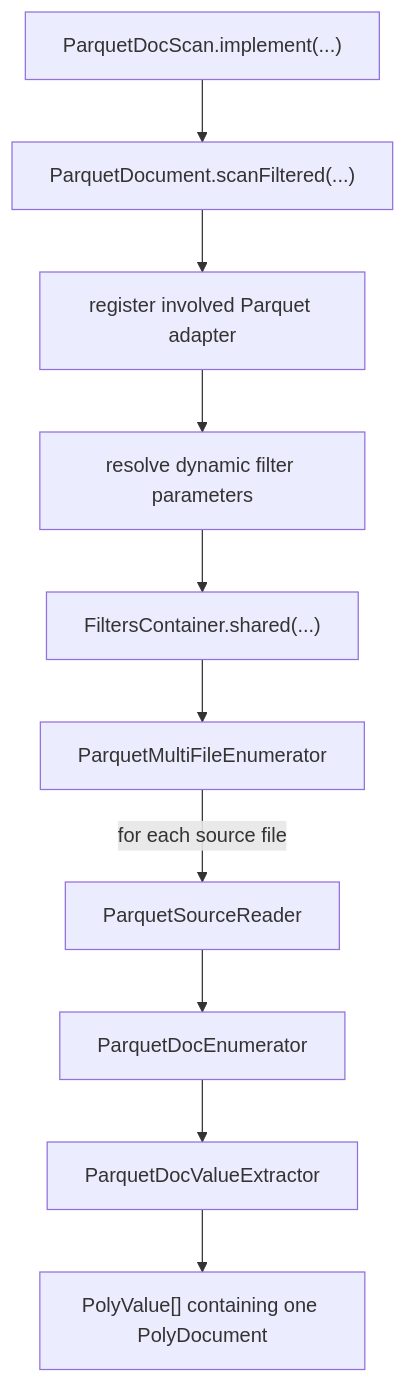
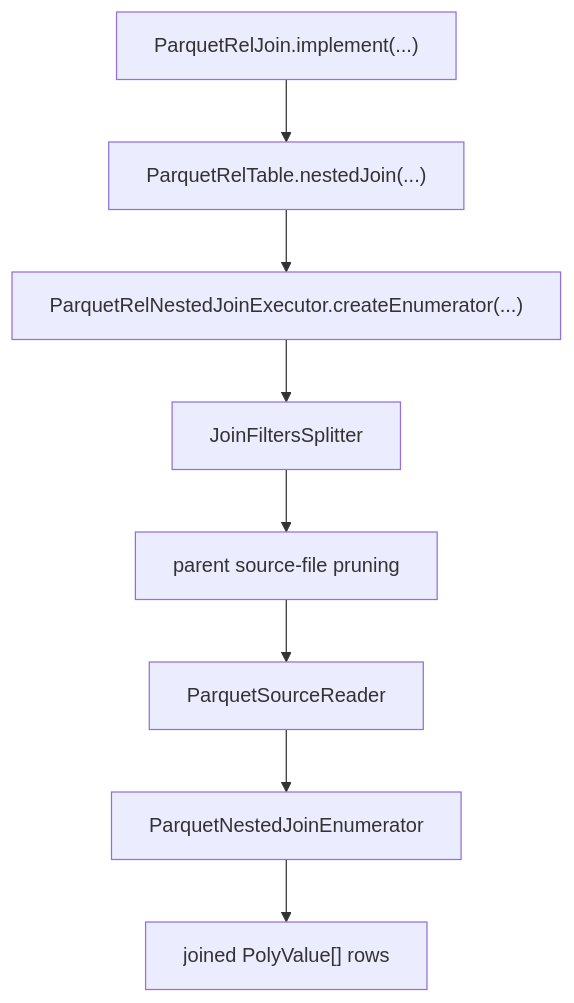
Before and after one commit to polypheny/Polypheny-DB: the fifth of 6 diagrams in plugins/parquet-adapter/docs/rel_execution_flows.md, drawn with Mermaid. The commit also changed other lines of this file and 18 other files, not shown here.

````diff
--- a/plugins/parquet-adapter/docs/rel_execution_flows.md
+++ b/plugins/parquet-adapter/docs/rel_execution_flows.md
@@ -188,17 +120,13 @@
 ```mermaid
 flowchart TD
-    plan["ParquetDocScan.implement(...)"]
-    scan["ParquetDocument.scanFiltered(...)"]
-    register["register involved Parquet adapter"]
-    resolveDynamic["resolve dynamic filter parameters"]
-    filters["FiltersContainer.shared(...)"]
-    multiFile["ParquetMultiFileEnumerator"]
-    sourceReader["ParquetSourceReader"]
-    docEnumerator["ParquetDocEnumerator"]
-    extractor["ParquetDocValueExtractor"]
-    row["PolyValue[] containing one PolyDocument"]
+    plan["ParquetRelJoin.implement(...)"]
+    table["ParquetRelTable.nestedJoin(...)"]
+    executor["ParquetRelNestedJoinExecutor.createEnumerator(...)"]
+    split["JoinFiltersSplitter"]
+    files["parent source-file pruning"]
+    reader["ParquetSourceReader"]
+    joinEnum["ParquetNestedJoinEnumerator"]
+    rows["joined PolyValue[] rows"]
 
-    plan --> scan --> register --> resolveDynamic --> filters --> multiFile
-    multiFile -->|"for each source file"| sourceReader
-    sourceReader --> docEnumerator --> extractor --> row
+    plan --> table --> executor --> split --> files --> reader --> joinEnum --> rows
 ```
````
